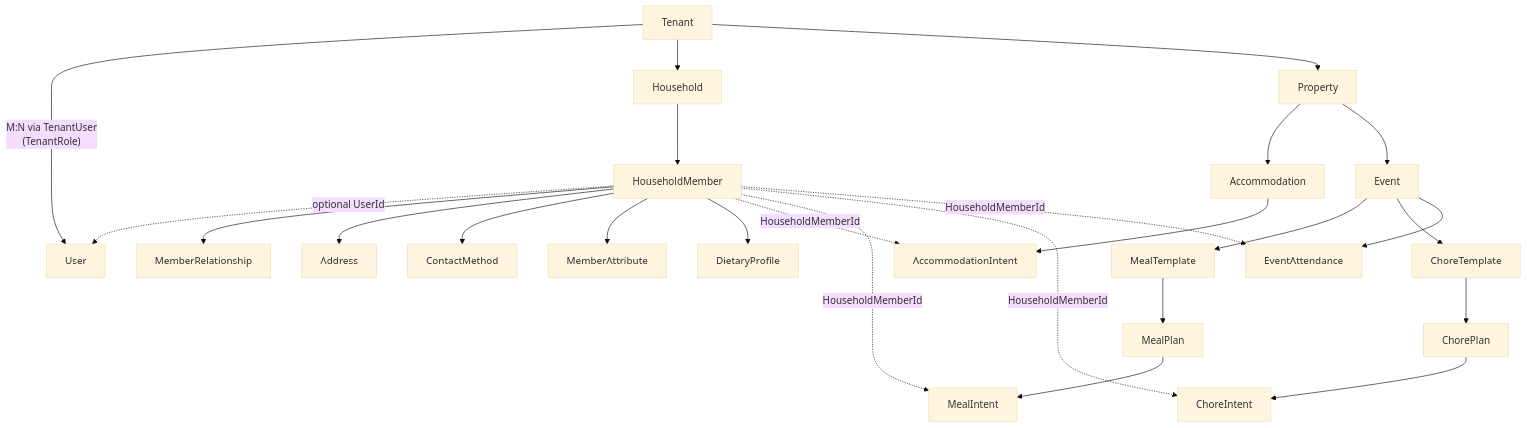
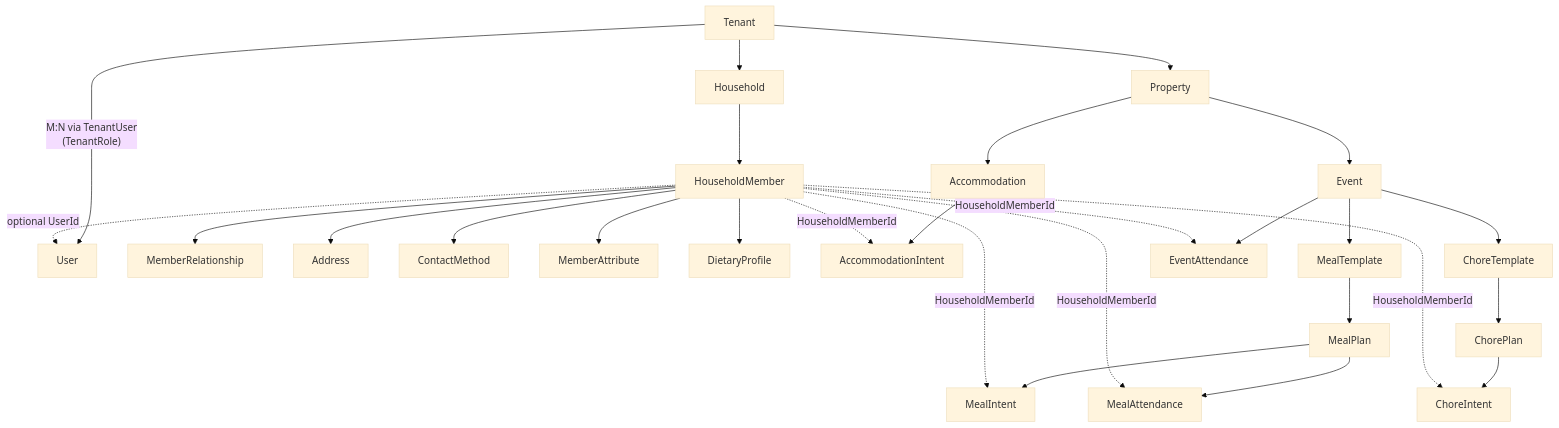
Before and after one commit to jayceslayn/gatherstead: the first of 2 diagrams in docs/ARCHITECTURE.md, drawn with Mermaid (base theme). The commit also changed other lines of this file and 28 other files, not shown here.

Commit message:
Demo data seeding and adding MealAttendance.

````diff
--- a/docs/ARCHITECTURE.md
+++ b/docs/ARCHITECTURE.md
@@ -47,23 +48,25 @@
 ```mermaid
 flowchart TD
     Tenant -->|"M:N via TenantUser\n(TenantRole)"| User
     Tenant --> Household --> HouseholdMember
     HouseholdMember -.->|"optional UserId"| User
     HouseholdMember --> MemberRelationship
     HouseholdMember --> Address
     HouseholdMember --> ContactMethod
     HouseholdMember --> MemberAttribute
     HouseholdMember --> DietaryProfile
 
     Tenant --> Property
     Property --> Accommodation --> AccommodationIntent
     Property --> Event
     Event --> MealTemplate --> MealPlan --> MealIntent
+    MealPlan --> MealAttendance
     Event --> ChoreTemplate --> ChorePlan --> ChoreIntent
     Event --> EventAttendance
 
     HouseholdMember -.->|HouseholdMemberId| AccommodationIntent
     HouseholdMember -.->|HouseholdMemberId| MealIntent
+    HouseholdMember -.->|HouseholdMemberId| MealAttendance
     HouseholdMember -.->|HouseholdMemberId| ChoreIntent
     HouseholdMember -.->|HouseholdMemberId| EventAttendance
 ```
````
